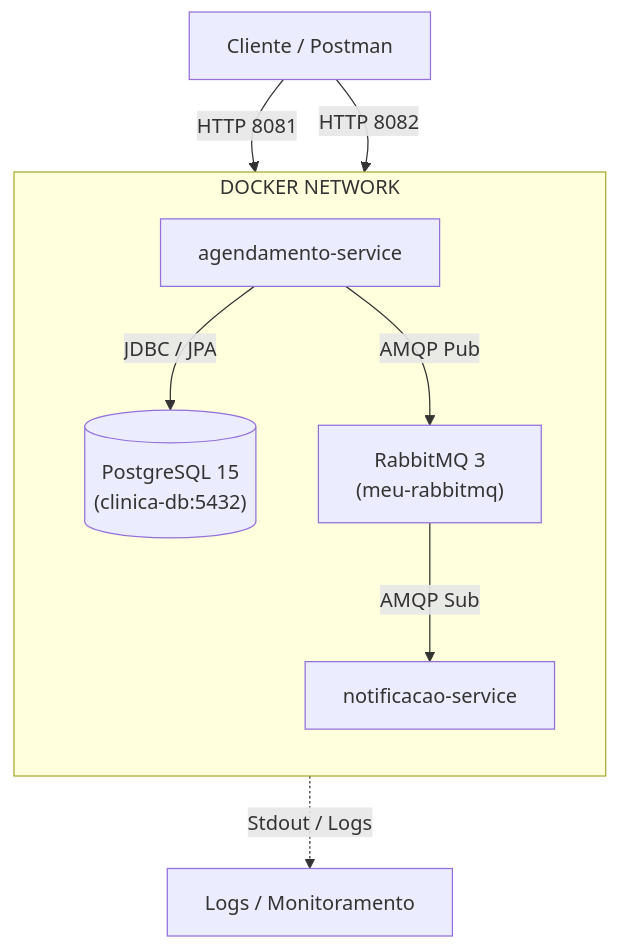
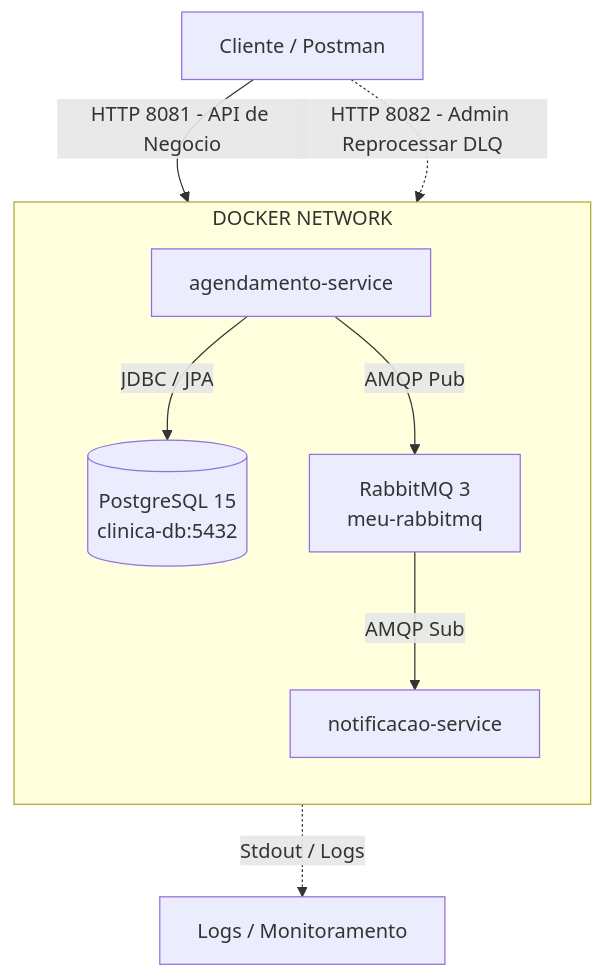
The diagram in readme.md (gabifontainhas/12adjt-tech-challenge-fase3), drawn with Mermaid before and after one commit. The commit also changed other lines of this file and 9 other files, not shown here.

Commit message:
Atualização de mensagens de erro nos DTOS, ajuste no globalhandler, remoção de logs do security filters, atualização readme e postman

````diff
--- a/readme.md
+++ b/readme.md
@@ -13,21 +13,21 @@
 ```mermaid
 flowchart TD
-    subgraph DockerNetwork["DOCKER NETWORK"]
-        direction TB
-        Postgres[("PostgreSQL 15<br/>(clinica-db:5432)")]
-        Agendamento["agendamento-service"]
-        RabbitMQ["RabbitMQ 3<br/>(meu-rabbitmq)"]
-        Notificacao["notificacao-service"]
+   subgraph DockerNetwork["DOCKER NETWORK"]
+      direction TB
+      Postgres[("PostgreSQL 15<br/>clinica-db:5432")]
+      Agendamento["agendamento-service"]
+      RabbitMQ["RabbitMQ 3<br/>meu-rabbitmq"]
+      Notificacao["notificacao-service"]
 
-        Agendamento -->|JDBC / JPA| Postgres
-        Agendamento -->|AMQP Pub| RabbitMQ
-        RabbitMQ -->|AMQP Sub| Notificacao
-    end
+      Agendamento -->|JDBC / JPA| Postgres
+      Agendamento -->|AMQP Pub| RabbitMQ
+      RabbitMQ -->|AMQP Sub| Notificacao
+   end
 
-    Client["Cliente / Postman"]
-    Logs["Logs / Monitoramento"]
+   Client["Cliente / Postman"]
+   Logs["Logs / Monitoramento"]
 
-    Client -->|HTTP 8081| Agendamento
-    Client -->|HTTP 8082| Notificacao
-    Notificacao -.->|Stdout / Logs| Logs
+   Client -->|HTTP 8081 - API de Negocio| Agendamento
+   Client -.->|HTTP 8082 - Admin Reprocessar DLQ| Notificacao
+   Notificacao -.->|Stdout / Logs| Logs
 ```
````
